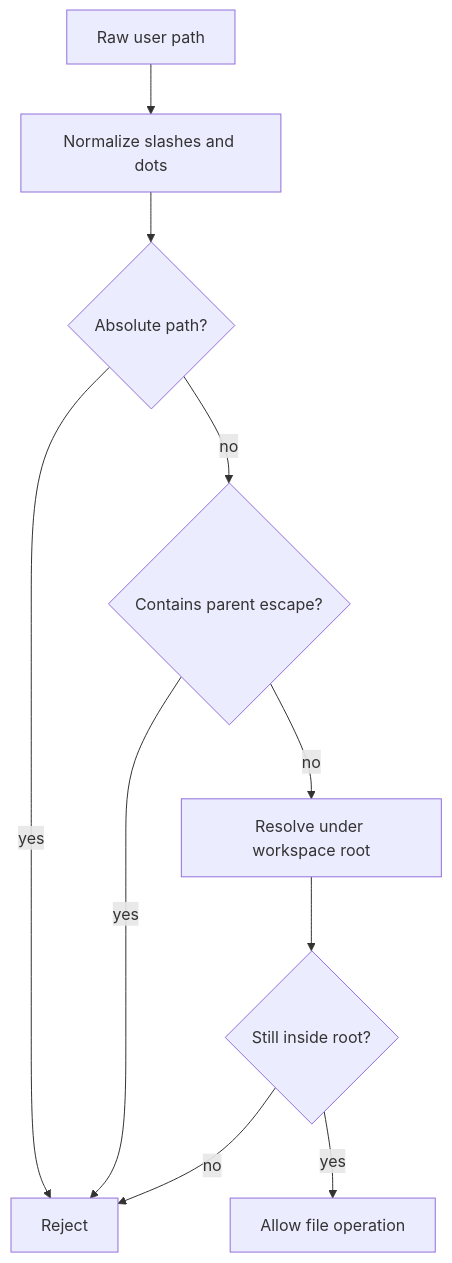
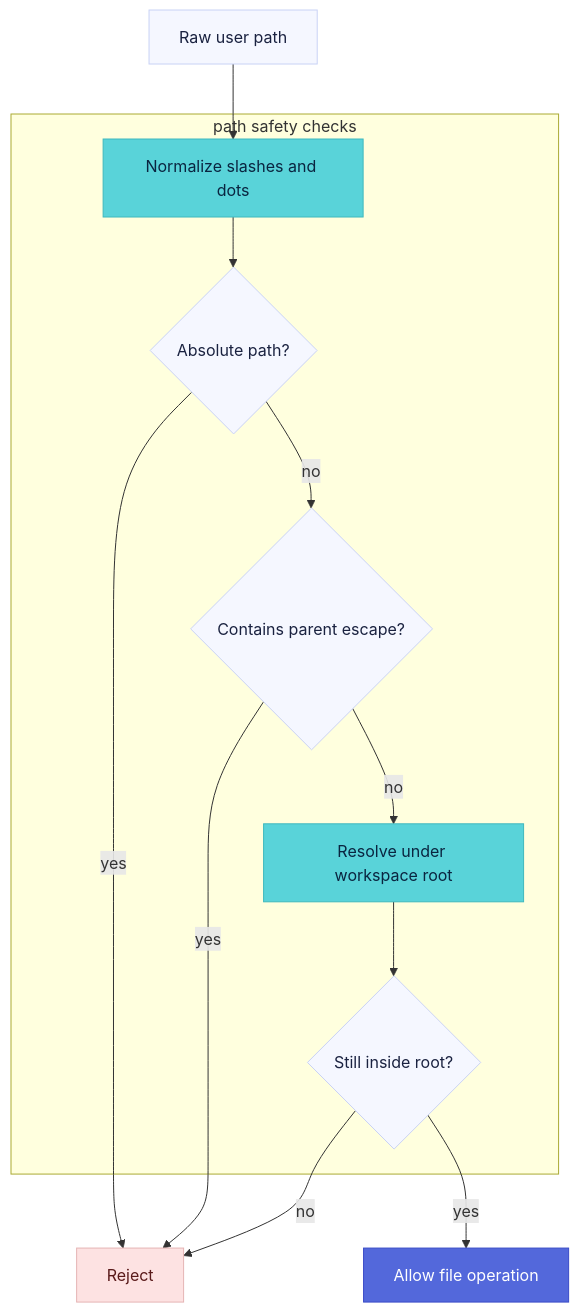
Before and after one commit to kingsoftcloud/ksadk-python: the diagram in docs-site/content/docs/references/security-boundaries.en.mdx, drawn with Mermaid. The commit also changed 33 other files, not shown here.

````diff
--- a/docs-site/content/docs/references/security-boundaries.en.mdx
+++ b/docs-site/content/docs/references/security-boundaries.en.mdx
@@ -43,12 +43,29 @@
 ```mermaid
 flowchart TD
   Raw["Raw user path"] --> Normalize["Normalize slashes and dots"]
   Normalize --> RejectAbs{"Absolute path?"}
   RejectAbs -->|yes| Error["Reject"]
   RejectAbs -->|no| RejectParent{"Contains parent escape?"}
   RejectParent -->|yes| Error
   RejectParent -->|no| Resolve["Resolve under workspace root"]
   Resolve --> Contained{"Still inside root?"}
   Contained -->|no| Error
   Contained -->|yes| Allow["Allow file operation"]
+
+  subgraph checks["path safety checks"]
+    Normalize
+    RejectAbs
+    RejectParent
+    Resolve
+    Contained
+  end
+
+  classDef brand fill:#5368db,stroke:#3b4cc7,color:#fff
+  classDef accent fill:#59d3d9,stroke:#3fb8be,color:#0a2540
+  classDef danger fill:#fde2e2,stroke:#e5b4b4,color:#5a1a1a
+  classDef neutral fill:#f5f7ff,stroke:#c9d2f5,color:#1a2240
+  class Allow brand
+  class Normalize,Resolve accent
+  class Error danger
+  class Raw,RejectAbs,RejectParent,Contained neutral
 ```
````
